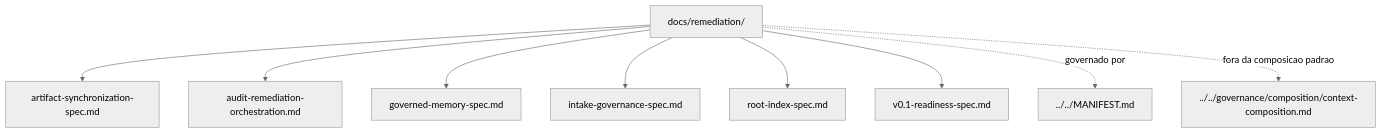
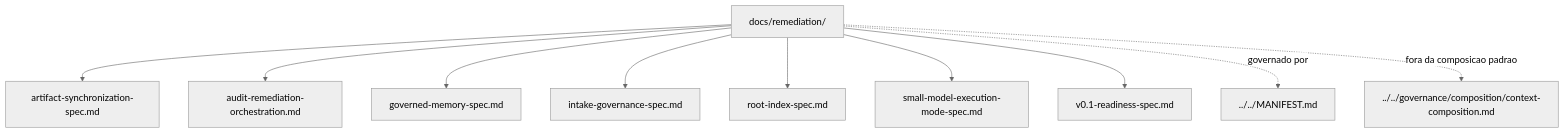
Before and after one commit to moreira-and/agent-ops: the diagram in docs/remediation/README.md, drawn with Mermaid (neutral theme). The commit also changed other lines of this file and 9 other files, not shown here.

````diff
--- a/docs/remediation/README.md
+++ b/docs/remediation/README.md
@@ -67,12 +68,13 @@
 ```mermaid
 flowchart TD
     current["docs/remediation/"]
     current --> n1["artifact-synchronization-spec.md"]
     current --> n2["audit-remediation-orchestration.md"]
     current --> n3["governed-memory-spec.md"]
     current --> n4["intake-governance-spec.md"]
     current --> n5["root-index-spec.md"]
-    current --> n6["v0.1-readiness-spec.md"]
-    current -. "governado por" .-> n7["../../MANIFEST.md"]
-    current -. "fora da composicao padrao" .-> n8["../../governance/composition/context-composition.md"]
+    current --> n6["small-model-execution-mode-spec.md"]
+    current --> n7["v0.1-readiness-spec.md"]
+    current -. "governado por" .-> n8["../../MANIFEST.md"]
+    current -. "fora da composicao padrao" .-> n9["../../governance/composition/context-composition.md"]
 ```
````
